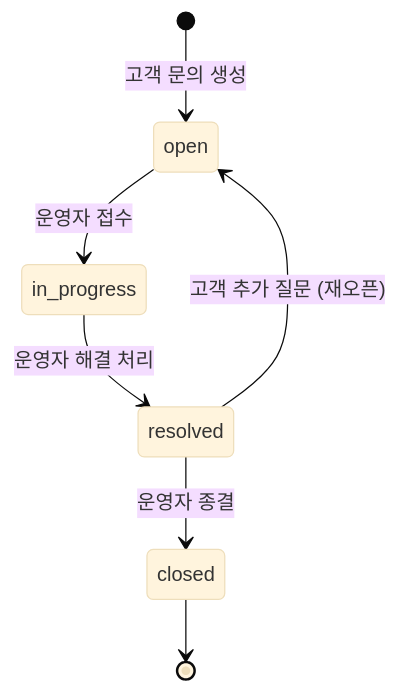
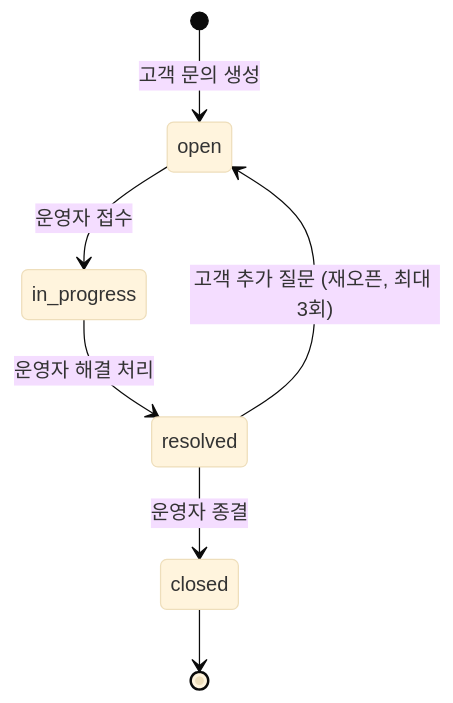
One commit to p-iknow/fullstack-forge changed the diagram in docs/01-prd/11-inquiry/01-overview.md. Above: the diagram before and after it, drawn with Mermaid (base theme). The commit also changed other lines of this file and 61 other files, not shown here.

````diff
--- a/docs/01-prd/11-inquiry/01-overview.md
+++ b/docs/01-prd/11-inquiry/01-overview.md
@@ -28,9 +50,9 @@
 ```mermaid
 stateDiagram-v2
     [*] --> open : 고객 문의 생성
     open --> in_progress : 운영자 접수
     in_progress --> resolved : 운영자 해결 처리
     resolved --> closed : 운영자 종결
-    resolved --> open : 고객 추가 질문 (재오픈)
+    resolved --> open : 고객 추가 질문 (재오픈, 최대 3회)
     closed --> [*]
 ```
````
